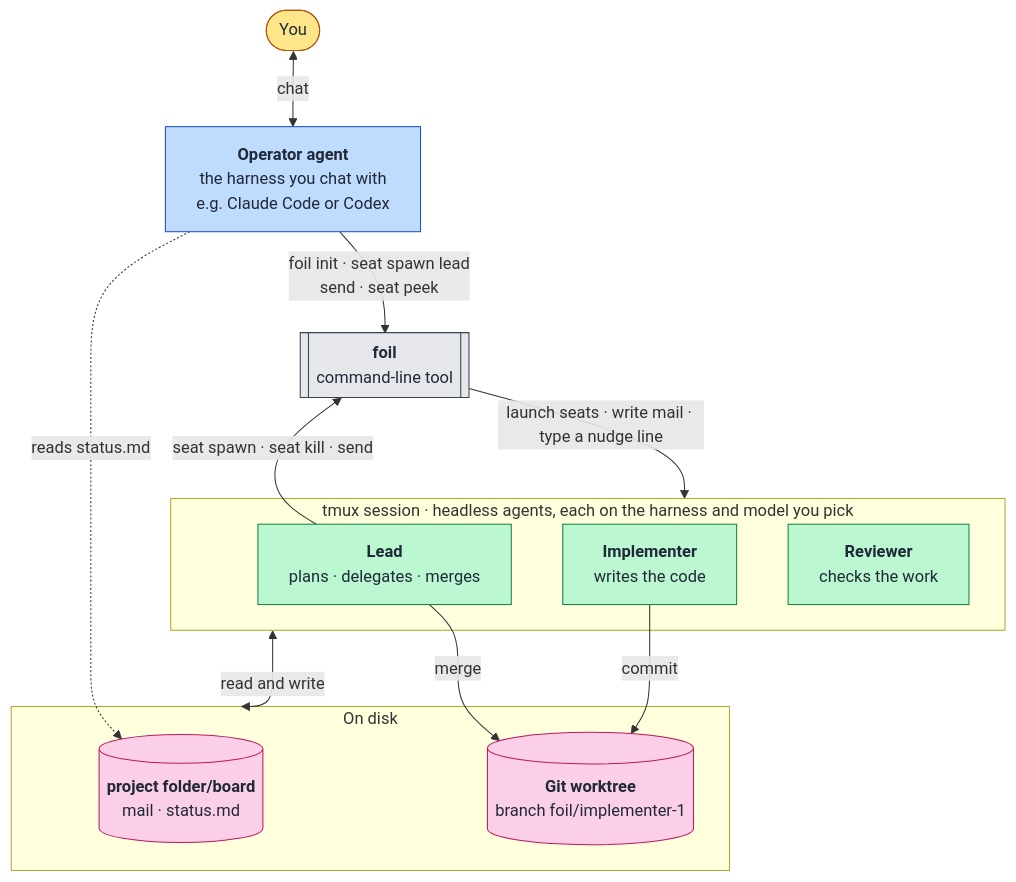
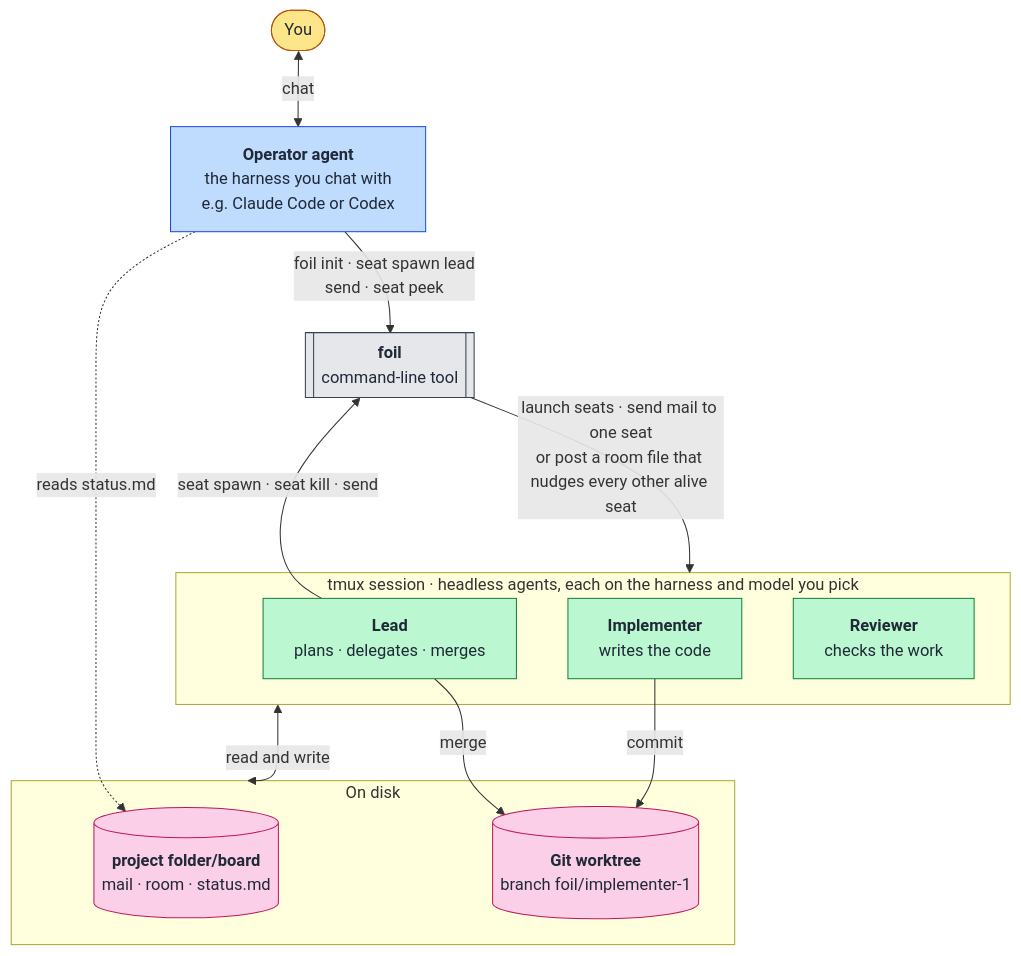
The diagram in README.md (TiantianFlow/foil), drawn with Mermaid before and after one commit. The commit also changed other lines of this file and 22 other files, not shown here.

First line of the commit message:
Add foil post for a shared room thread (#40)

````diff
--- a/README.md
+++ b/README.md
@@ -36,37 +36,37 @@
 ```mermaid
 flowchart TB
   you(["You"])
   operator["<b>Operator agent</b><br/>the harness you chat with<br/>e.g. Claude Code or Codex"]
   foil[["<b>foil</b><br/>command-line tool"]]
 
   subgraph fleet["tmux session · headless agents, each on the harness and model you pick"]
     lead["<b>Lead</b><br/>plans · delegates · merges"]
     impl["<b>Implementer</b><br/>writes the code"]
     rev["<b>Reviewer</b><br/>checks the work"]
   end
 
   subgraph disk["On disk"]
-    board[("<b>project folder/board</b><br/>mail · status.md")]
+    board[("<b>project folder/board</b><br/>mail · room · status.md")]
     tree[("<b>Git worktree</b><br/>branch foil/implementer-1")]
   end
 
   you <-->|chat| operator
   operator -->|"foil init · seat spawn lead<br/>send · seat peek"| foil
   lead -->|"seat spawn · seat kill · send"| foil
-  foil -->|"launch seats · write mail · type a nudge line"| fleet
+  foil -->|"launch seats · send mail to one seat<br/>or post a room file that nudges every other alive seat"| fleet
   fleet <-->|read and write| disk
   impl -->|commit| tree
   lead -->|merge| tree
   operator -.->|reads status.md| board
 
   classDef human fill:#fde68a,stroke:#b45309,color:#1f2937
   classDef yours fill:#bfdbfe,stroke:#1d4ed8,color:#1f2937
   classDef tool fill:#e5e7eb,stroke:#374151,color:#1f2937
   classDef seat fill:#bbf7d0,stroke:#15803d,color:#1f2937
   classDef data fill:#fbcfe8,stroke:#be185d,color:#1f2937
   class you human
   class operator yours
   class foil tool
   class lead,impl,rev seat
   class board,tree data
 ```
````
